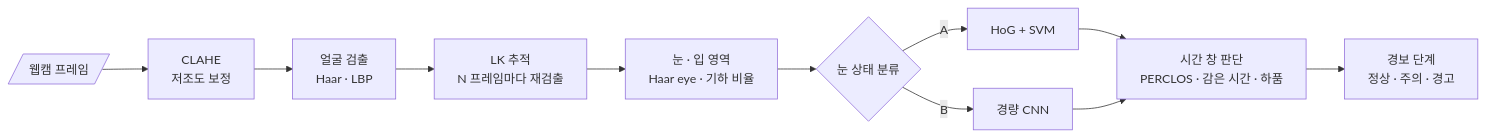
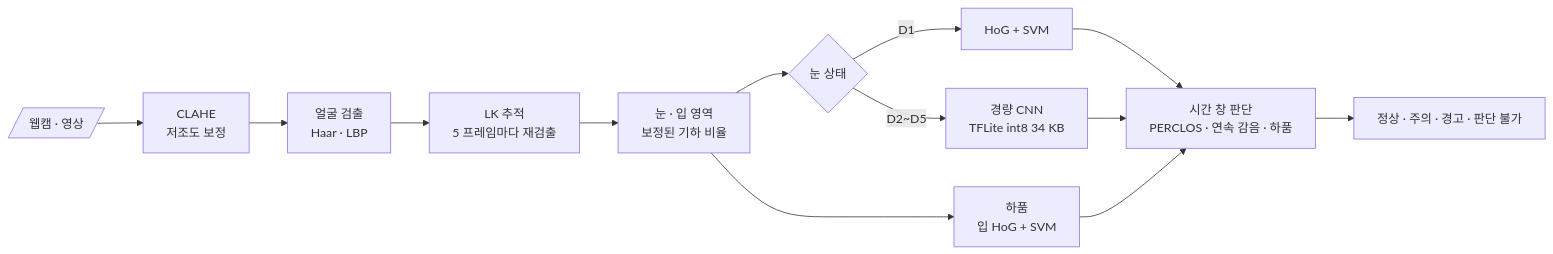
Before and after one commit to cbnu-yhjeon/Driver-Drowsiness-Monitoring: the diagram in README.md, drawn with Mermaid. The commit also changed other lines of this file and 58 other files, not shown here.

````diff
--- a/README.md
+++ b/README.md
@@ -51,13 +78,15 @@
 ```mermaid
 flowchart LR
-    CAM[/"웹캠 프레임"/] --> PRE["CLAHE<br/>저조도 보정"]
+    CAM[/"웹캠 · 영상"/] --> PRE["CLAHE<br/>저조도 보정"]
     PRE --> FACE["얼굴 검출<br/>Haar · LBP"]
-    FACE --> TRK["LK 추적<br/>N 프레임마다 재검출"]
-    TRK --> EYE["눈 · 입 영역<br/>Haar eye · 기하 비율"]
-    EYE --> CLS{"눈 상태 분류"}
-    CLS -->|A| SVM["HoG + SVM"]
-    CLS -->|B| CNN["경량 CNN"]
-    SVM --> TEMP["시간 창 판단<br/>PERCLOS · 감은 시간 · 하품"]
+    FACE --> TRK["LK 추적<br/>5 프레임마다 재검출"]
+    TRK --> EYE["눈 · 입 영역<br/>보정된 기하 비율"]
+    EYE --> CLS{"눈 상태"}
+    CLS -->|D1| SVM["HoG + SVM"]
+    CLS -->|D2~D5| CNN["경량 CNN<br/>TFLite int8 34 KB"]
+    EYE --> YAWN["하품<br/>입 HoG + SVM"]
+    SVM --> TEMP["시간 창 판단<br/>PERCLOS · 연속 감음 · 하품"]
     CNN --> TEMP
-    TEMP --> ALERT["경보 단계<br/>정상 · 주의 · 경고"]
+    YAWN --> TEMP
+    TEMP --> ALERT["정상 · 주의 · 경고 · 판단 불가"]
 ```
````
